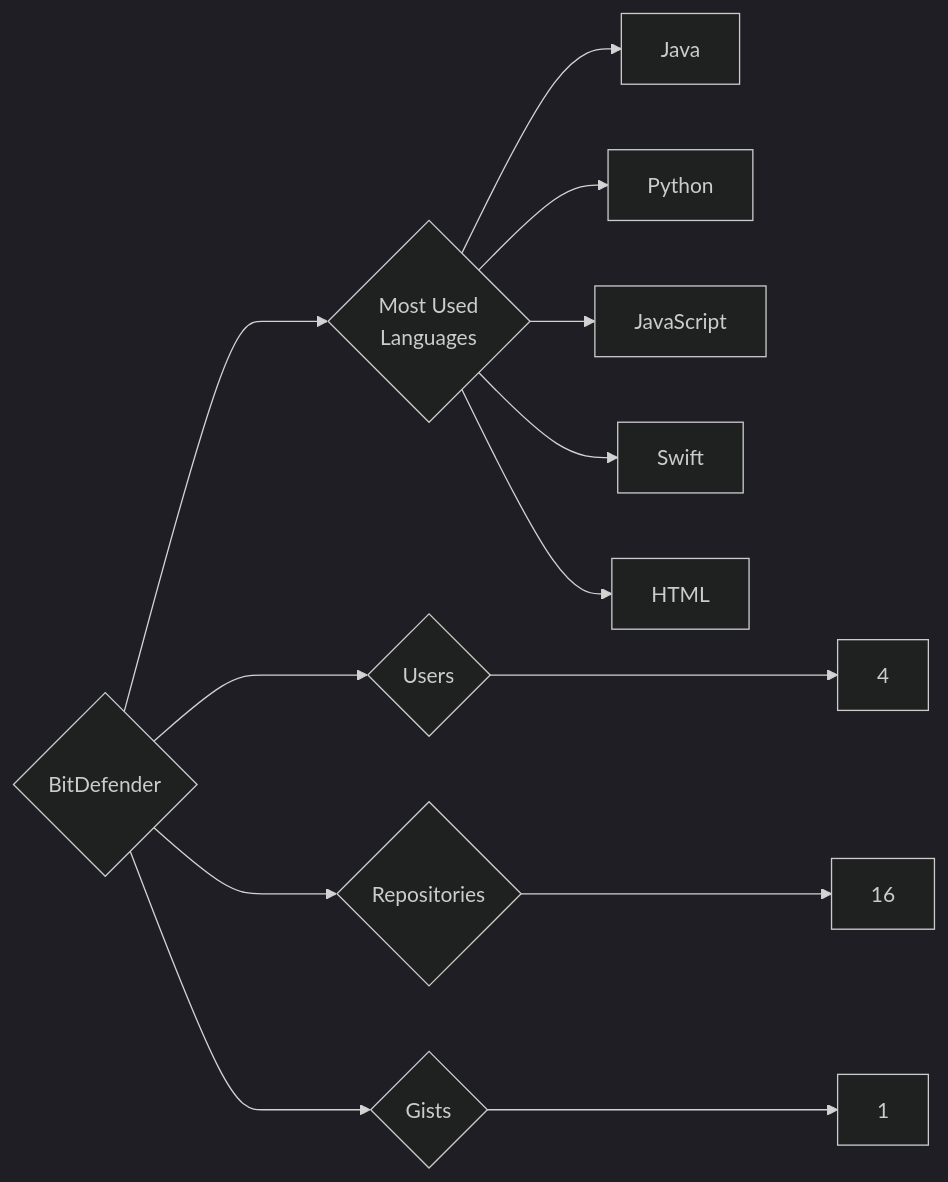
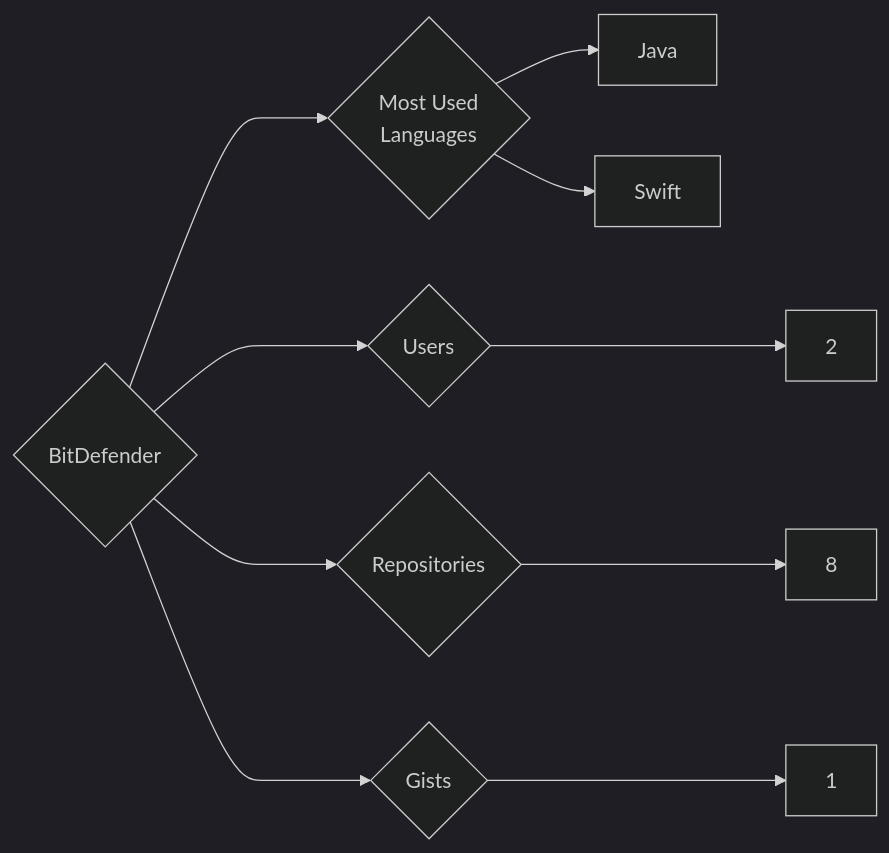
One commit to trickest/insiders changed the diagram in targets/BitDefender/README.md. Above: the diagram before and after it, drawn with Mermaid (dark theme). The commit also changed 1084 other files, not shown here.

````diff
--- a/targets/BitDefender/README.md
+++ b/targets/BitDefender/README.md
@@ -3,13 +3,10 @@
 ```mermaid
 graph LR
 COMPANY_NAME{BitDefender}
-COMPANY_NAME ---> U{Users} ---> UN[4]
-COMPANY_NAME ---> R{Repositories} ---> RN[16]
+COMPANY_NAME ---> U{Users} ---> UN[2]
+COMPANY_NAME ---> R{Repositories} ---> RN[8]
 COMPANY_NAME ---> G{Gists} ---> GN[1]
 COMPANY_NAME ---> ML{Most Used<br>Languages}
 ML --> Java[Java]
-ML --> Python[Python]
-ML --> JavaScript[JavaScript]
 ML --> Swift[Swift]
-ML --> HTML[HTML]
 ```
````
